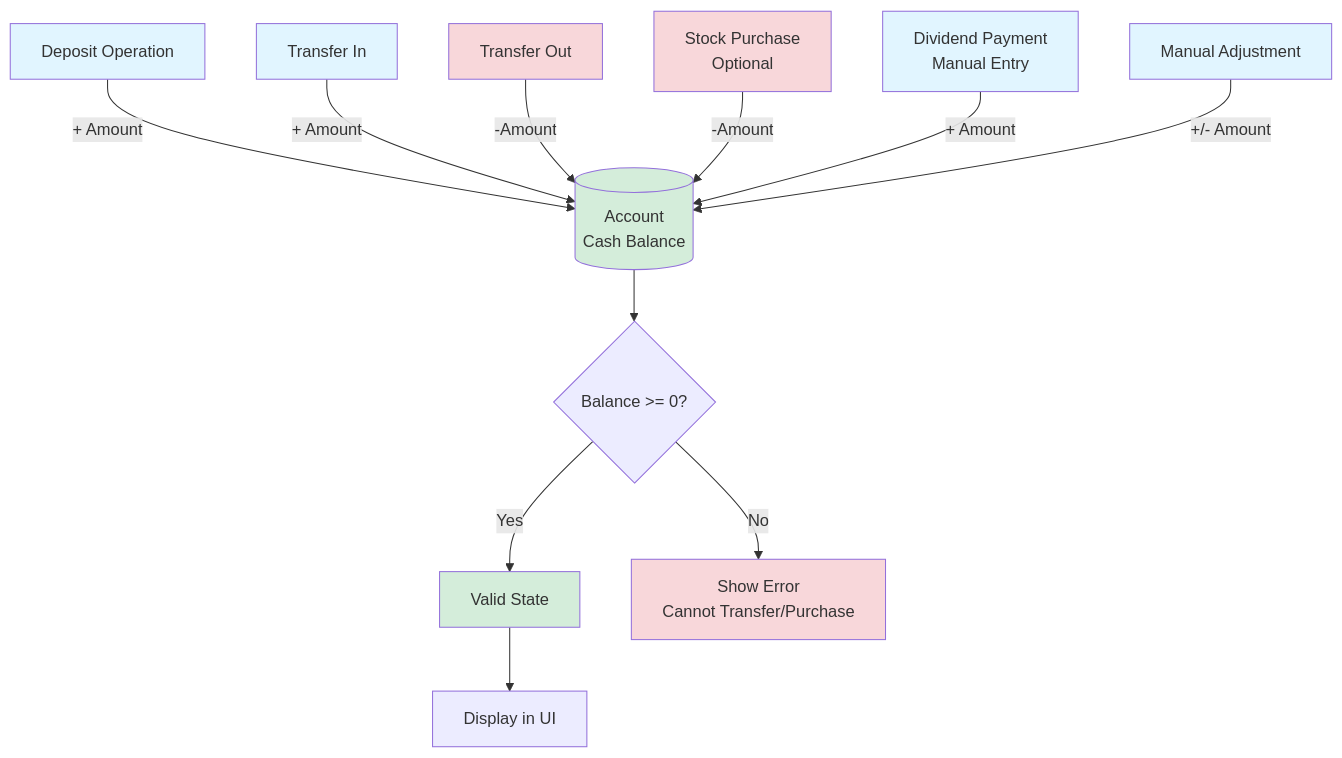
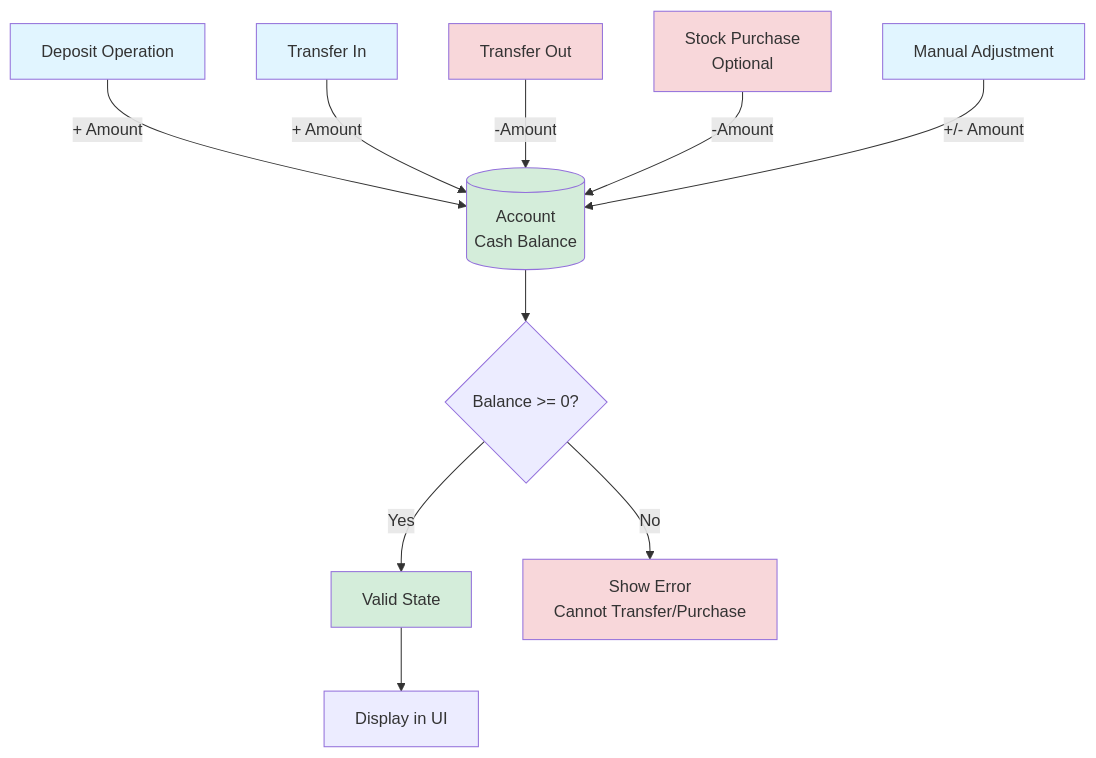
One commit to marcelrienks/Prosperity changed the fifth of 10 diagrams in docs/diagrams/data-flow.md. Above: the diagram before and after it, drawn with Mermaid. The commit also changed other lines of this file and 4 other files, not shown here.

````diff
--- a/docs/diagrams/data-flow.md
+++ b/docs/diagrams/data-flow.md
@@ -213,27 +213,25 @@
 ```mermaid
 flowchart TD
     Account[(Account<br/>Cash Balance)]
     
     Deposit[Deposit Operation] -->|+ Amount| Account
     TransferIn[Transfer In] -->|+ Amount| Account
     TransferOut[Transfer Out] -->|-Amount| Account
     Purchase[Stock Purchase<br/>Optional] -->|-Amount| Account
-    Dividend[Dividend Payment<br/>Manual Entry] -->|+ Amount| Account
     Manual[Manual Adjustment] -->|+/- Amount| Account
     
     Account --> Check{Balance >= 0?}
     Check -->|Yes| Valid[Valid State]
     Check -->|No| Error[Show Error<br/>Cannot Transfer/Purchase]
     
     Valid --> Display[Display in UI]
     
     style Account fill:#d4edda
     style Deposit fill:#e1f5ff
     style TransferIn fill:#e1f5ff
-    style Dividend fill:#e1f5ff
     style Manual fill:#e1f5ff
     style TransferOut fill:#f8d7da
     style Purchase fill:#f8d7da
     style Error fill:#f8d7da
     style Valid fill:#d4edda
 ```
````
